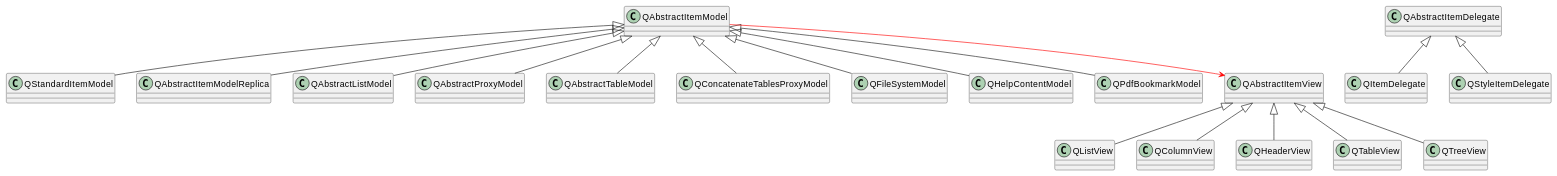
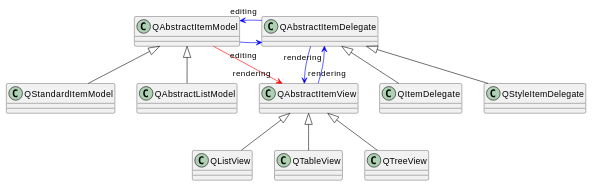
Before and after one commit to FeiWang1119/examples: the diagram in docs/Qt/mode-view.md, drawn with PlantUML. The commit also changed 13 other files, not shown here.

Commit message:
update lazyvim & model-view

```diff
--- a/docs/Qt/mode-view.md
+++ b/docs/Qt/mode-view.md
@@ -25,23 +25,39 @@
 @startuml
 
 QAbstractItemModel <|-- QStandardItemModel 
-QAbstractItemModel <|-- QAbstractItemModelReplica
 QAbstractItemModel <|-- QAbstractListModel
 QAbstractItemModel <|-- QAbstractProxyModel
 QAbstractItemModel <|-- QAbstractTableModel
-QAbstractItemModel <|-- QConcatenateTablesProxyModel
 QAbstractItemModel <|-- QFileSystemModel
 QAbstractItemModel <|-- QHelpContentModel
 QAbstractItemModel <|-- QPdfBookmarkModel 
+QAbstractItemModel <|-- QAbstractItemModelReplica
+QAbstractItemModel <|-- QConcatenateTablesProxyModel
+
+remove QAbstractProxyModel 
+remove QAbstractTableModel
+remove QFileSystemModel 
+remove QHelpContentModel
+remove QPdfBookmarkModel
+remove QAbstractItemModelReplica
+remove QConcatenateTablesProxyModel
 
 QAbstractItemView <|-- QListView 
 QAbstractItemView <|-- QColumnView
 QAbstractItemView <|-- QHeaderView
 QAbstractItemView <|-- QTableView
 QAbstractItemView <|-- QTreeView
 
+remove QHeaderView
+remove QColumnView
+
 QAbstractItemDelegate <|-- QItemDelegate
 QAbstractItemDelegate <|-- QStyleItemDelegate
 
-QAbstractItemModel -[#red]-> QAbstractItemView
+QAbstractItemModel -[#red]down->"rendering" QAbstractItemView
+QAbstractItemModel -[#blue]right->"editing" QAbstractItemDelegate 
+QAbstractItemDelegate -[#blue]right->"editing" QAbstractItemModel 
+QAbstractItemDelegate -[#blue]right->"rendering" QAbstractItemView 
+QAbstractItemView -[#blue]right->"rendering" QAbstractItemDelegate 
+
 @enduml
```
